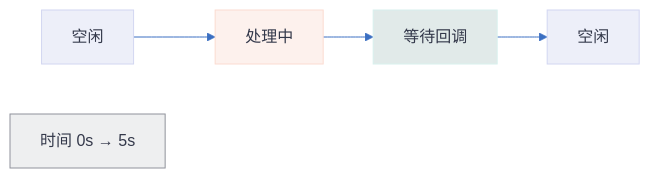
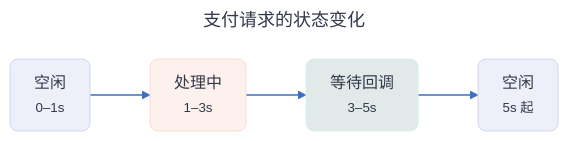
One commit to huang-hee/diagram-kit changed diagram 12 of 45 in docs/画图指南.md. Above: the diagram before and after it, drawn with Mermaid. The commit also changed other lines of this file and 248 other files, not shown here.

First line of the commit message:
feat: 示例按统一风格重做，补齐 42 张 drawio 整图示例，默认工具改为 drawio

````diff
--- a/docs/画图指南.md
+++ b/docs/画图指南.md
@@ -927,34 +987,41 @@
 ```mermaid
 ---
+title: "支付请求的状态变化"
 config:
   theme: base
   fontFamily: "PingFang SC, Microsoft YaHei, Noto Sans CJK SC, Source Han Sans SC, sans-serif"
+  flowchart:
+    curve: "step"
+    nodeSpacing: 50
+    rankSpacing: 60
+    padding: 12
+    wrappingWidth: 300
   themeVariables:
     background: "#FFFFFF"
     primaryColor: "#FFFFFF"
     primaryBorderColor: "#3B6FC2"
     primaryTextColor: "#33384A"
     nodeTextColor: "#33384A"
     secondaryColor: "#FBDBD1"
     tertiaryColor: "#EBF1F9"
     lineColor: "#3B6FC2"
     textColor: "#33384A"
     clusterBkg: "#EBF1F9"
     clusterBorder: "#3B6FC2"
     edgeLabelBackground: "#FFFFFF"
     titleColor: "#33384A"
     noteBkgColor: "#FFF6CE"
     noteBorderColor: "#A6A086"
     noteTextColor: "#33384A"
 ---
 flowchart LR
-  A[空闲]:::s1 --> B[处理中]:::s2 --> C[等待回调]:::s3 --> D[空闲]:::s1
-  T[时间 0s → 5s]:::axis
+  A["空闲<br><small>0–1s</small>"]:::s1 --> B["处理中<br><small>1–3s</small>"]:::s2 --> C["等待回调<br><small>3–5s</small>"]:::s3 --> D["空闲<br><small>5s 起</small>"]:::s1
 %% 该图 Mermaid 没有原生类型，优先用 drawio；下面是 flowchart 近似画法的配色
-classDef lifeline fill:#EBF1F9,stroke:#3B6FC2,color:#33384A
-classDef s1 fill:#EDEFF9,stroke:#D2D6F1,color:#33384A
-classDef s2 fill:#FDF1ED,stroke:#FBDBD1,color:#33384A
-classDef s3 fill:#E1EAE9,stroke:#D8F0ED,color:#33384A
-classDef axis fill:#EEEFF0,stroke:#8F929B,color:#33384A
+classDef lifeline fill:#EBF1F9,stroke:#3B6FC2,color:#33384A,rx:8,ry:8
+classDef s1 fill:#EDEFF9,stroke:#D2D6F1,color:#33384A,rx:8,ry:8
+classDef s2 fill:#FDF1ED,stroke:#FBDBD1,color:#33384A,rx:8,ry:8
+classDef s3 fill:#E1EAE9,stroke:#D8F0ED,color:#33384A,rx:8,ry:8
+classDef axis fill:#EEEFF0,stroke:#8F929B,color:#33384A,rx:8,ry:8
 %% 用法：节点 A:::lifeline 或 class A,B lifeline
+linkStyle default stroke-width:1.5px
 ```
````
